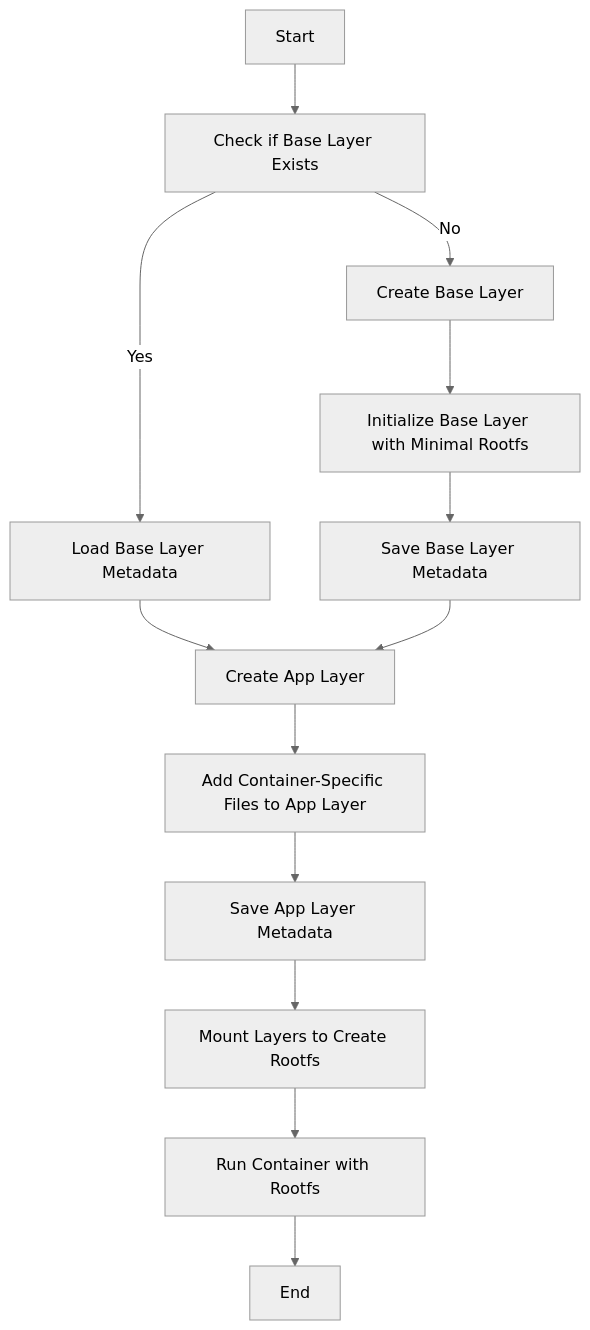
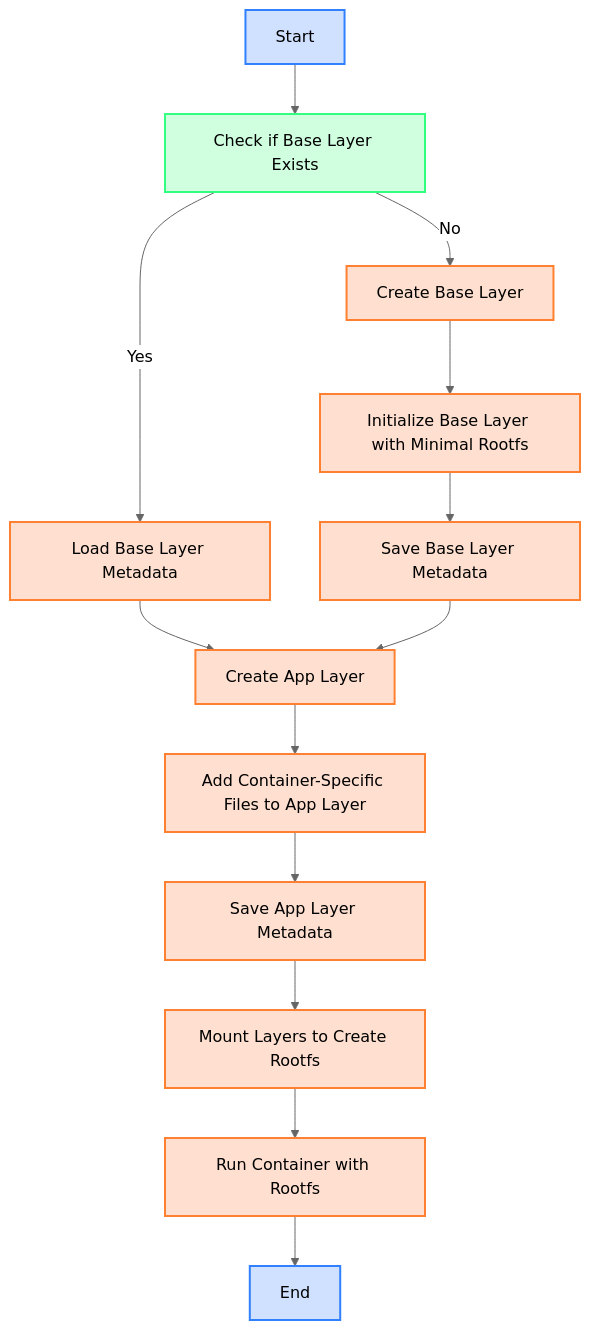
One commit to j143/basic-docker-engine changed the second of 2 diagrams in README.md. Above: the diagram before and after it, drawn with Mermaid (neutral theme). The commit also changed 1 other file, not shown here.

Commit message:
fix the isolation logic Refined Isolation Logic: Updated the fallback logic in main.go to avoid using unshare entirely when namespace isolation is not permitted, ensuring compatibility with restricted environments. Removed Unnecessary Sudo Permissions: Eliminated the redundant sudo permission adjustment for the base layer directory in main.go. Enhanced Documentation: Updated the mermaid diagram in the README.md to reflect the refined image build logic with improved clarity and styling.

````diff
--- a/README.md
+++ b/README.md
@@ -142,15 +142,24 @@
 ```mermaid
 graph TD
     A[Start] --> B[Check if Base Layer Exists]
     B -->|Yes| C[Load Base Layer Metadata]
     B -->|No| D[Create Base Layer]
     D --> E[Initialize Base Layer with Minimal Rootfs]
     E --> F[Save Base Layer Metadata]
     C --> G[Create App Layer]
     G --> H[Add Container-Specific Files to App Layer]
     H --> I[Save App Layer Metadata]
     F --> G
     I --> J[Mount Layers to Create Rootfs]
     J --> K[Run Container with Rootfs]
     K --> L[End]
+    
+    %% Styling
+    classDef startEnd fill:#d0e0ff,stroke:#3080ff,stroke-width:2px
+    classDef process fill:#ffe0d0,stroke:#ff8030,stroke-width:2px
+    classDef decision fill:#d0ffe0,stroke:#30ff80,stroke-width:2px
+    
+    class A,L startEnd
+    class B decision
+    class C,D,E,F,G,H,I,J,K process
 ```
````
